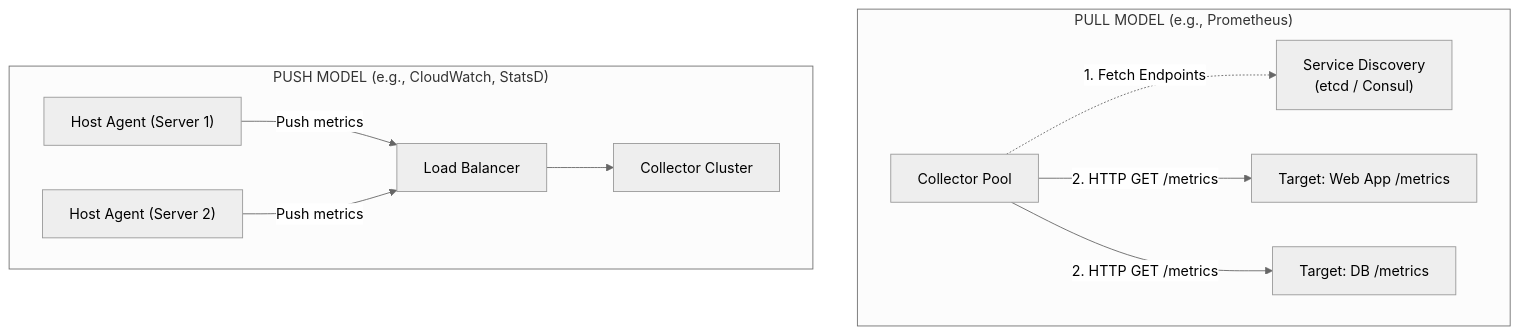
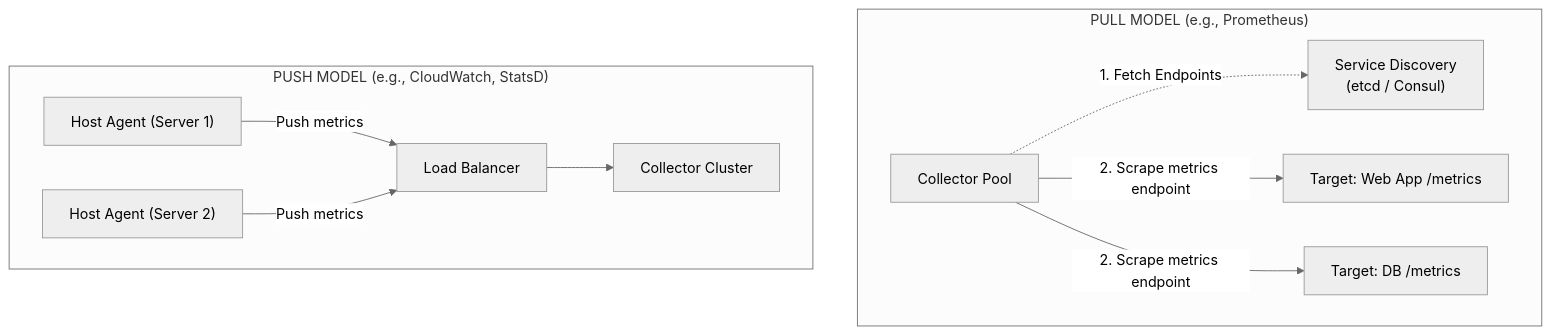
Before and after one commit to gurkanindibay/azure_learning: the fifth of 14 diagrams in system-design-cases/bytebytego/21-metrics-monitoring-and-alerting-system.md, drawn with Mermaid (neutral theme). The commit also changed other lines of this file, not shown here.

Commit message:
docs: update flowchart labels and terminology for clarity in metrics and alerting system design

````diff
--- a/system-design-cases/bytebytego/21-metrics-monitoring-and-alerting-system.md
+++ b/system-design-cases/bytebytego/21-metrics-monitoring-and-alerting-system.md
@@ -239,24 +239,24 @@
 ```mermaid
 flowchart TD
     subgraph PullModel["PULL MODEL (e.g., Prometheus)"]
         SD["Service Discovery\n(etcd / Consul)"]
         CollP["Collector Pool"]
         W1["Target: Web App /metrics"]
         W2["Target: DB /metrics"]
         
         CollP -.->|1. Fetch Endpoints| SD
-        CollP -->|2. HTTP GET /metrics| W1
-        CollP -->|2. HTTP GET /metrics| W2
+        CollP -->|2. Scrape metrics endpoint| W1
+        CollP -->|2. Scrape metrics endpoint| W2
     end
 
     subgraph PushModel["PUSH MODEL (e.g., CloudWatch, StatsD)"]
         Ag1["Host Agent (Server 1)"]
         Ag2["Host Agent (Server 2)"]
         LB["Load Balancer"]
         CollPush["Collector Cluster"]
         
         Ag1 -->|Push metrics| LB
         Ag2 -->|Push metrics| LB
         LB --> CollPush
     end
 ```
````
